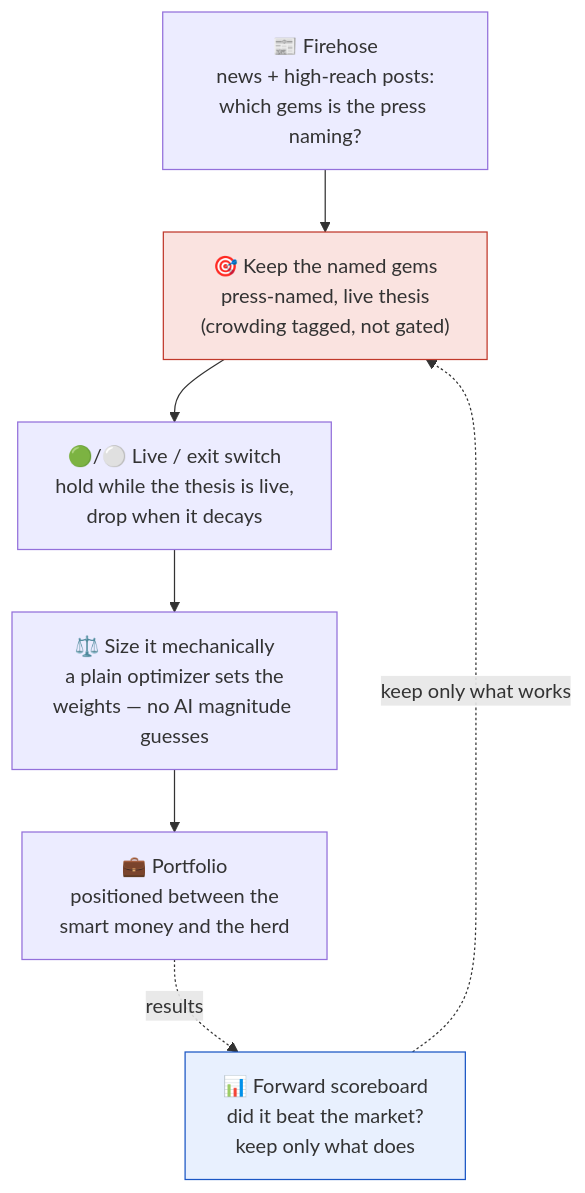
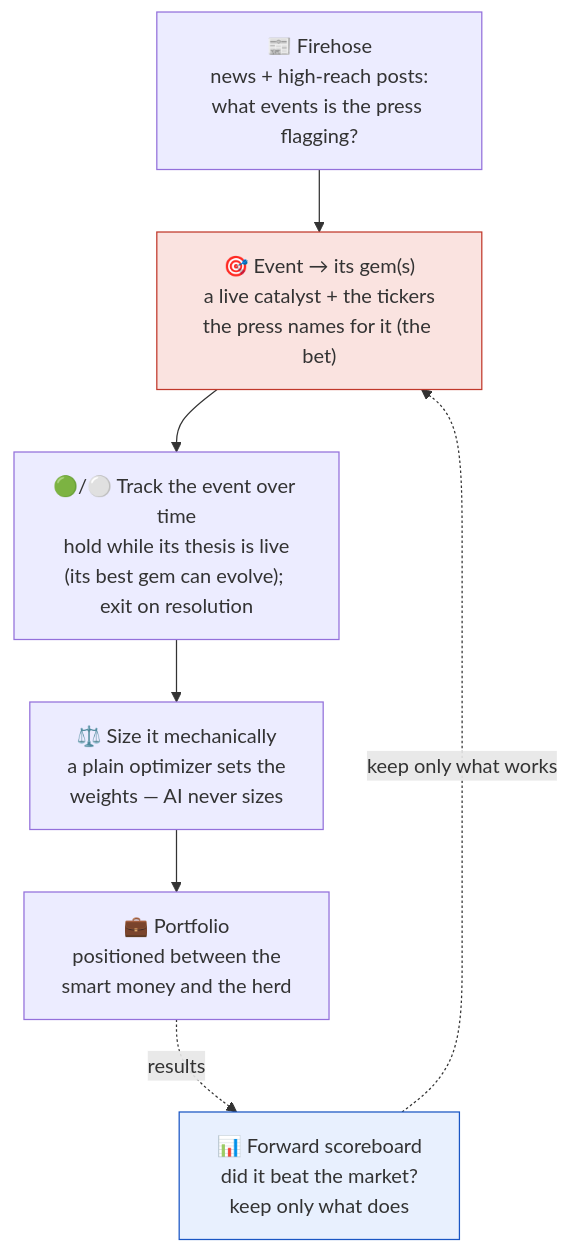
One commit to joehahn/geo-herd-rider changed the diagram in README.md. Above: the diagram before and after it, drawn with Mermaid. The commit also changed other lines of this file and 1 other file, not shown here.

Commit message:
README event-first framing; plan the event-first refactor
README "How it works" + diagram reworked to be EVENT-centric (an event is the
durable thing — weeks/months/years — and the gem[s] it throws off can evolve;
hold while the event's thesis is live, exit on resolution), with an honest note
that the code is still ticker-keyed today. agent_design.md gains a "Planned:
event-first refactor" section (Event owns an evolving vehicle set; the crux is
LLM-judged event matching/dedup; sequenced AFTER the 13-gem A/B validates the
current engine).

````diff
--- a/README.md
+++ b/README.md
@@ -18,18 +18,18 @@
 ```mermaid
 flowchart TD
-    S["📰 Firehose<br/>news + high-reach posts:<br/>which gems is the press naming?"]
-    G["🎯 Keep the named gems<br/>press-named, live thesis<br/>(crowding tagged, not gated)"]
-    X["🟢/⚪ Live / exit switch<br/>hold while the thesis is live,<br/>drop when it decays"]
-    W["⚖️ Size it mechanically<br/>a plain optimizer sets the<br/>weights — no AI magnitude guesses"]
+    S["📰 Firehose<br/>news + high-reach posts:<br/>what events is the press flagging?"]
+    E["🎯 Event → its gem(s)<br/>a live catalyst + the tickers<br/>the press names for it (the bet)"]
+    X["🟢/⚪ Track the event over time<br/>hold while its thesis is live<br/>(its best gem can evolve); exit on resolution"]
+    W["⚖️ Size it mechanically<br/>a plain optimizer sets the<br/>weights — AI never sizes"]
     B["💼 Portfolio<br/>positioned between the<br/>smart money and the herd"]
     SB["📊 Forward scoreboard<br/>did it beat the market?<br/>keep only what does"]
 
-    S --> G --> X --> W --> B
+    S --> E --> X --> W --> B
     B -. results .-> SB
-    SB -. keep only what works .-> G
+    SB -. keep only what works .-> E
 
     classDef bet fill:#fae3e0,stroke:#c0392b;
     classDef gate fill:#e8f0fe,stroke:#1a56c4;
-    class G bet
+    class E bet
     class SB gate
 ```
````
